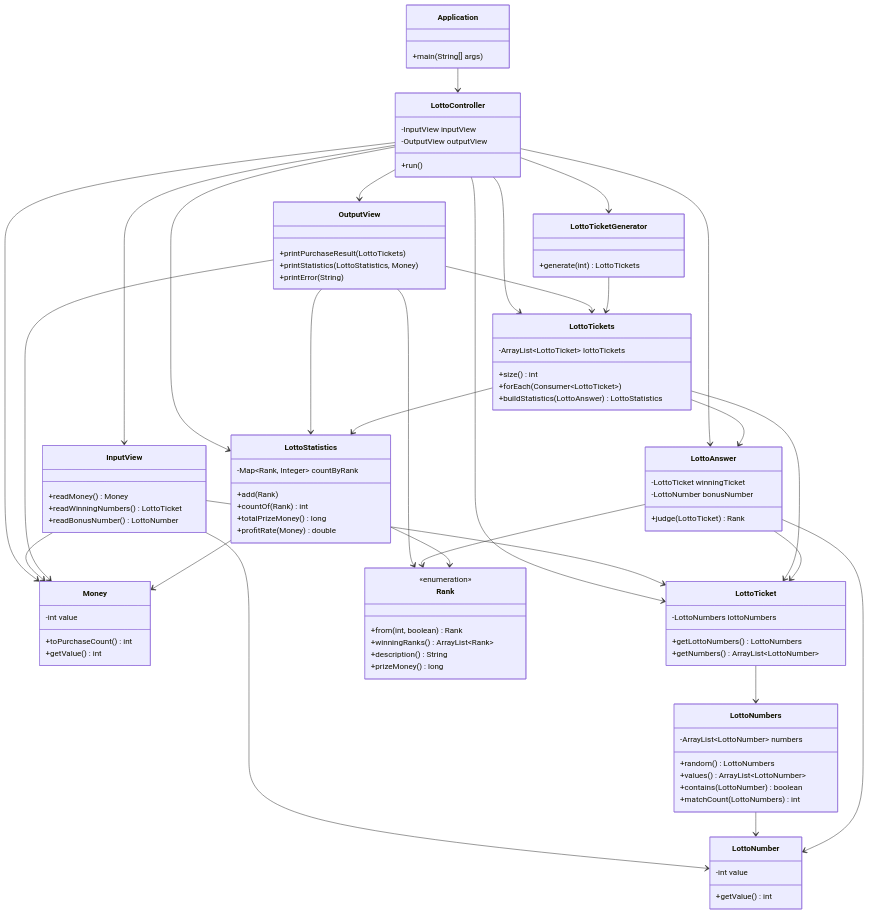
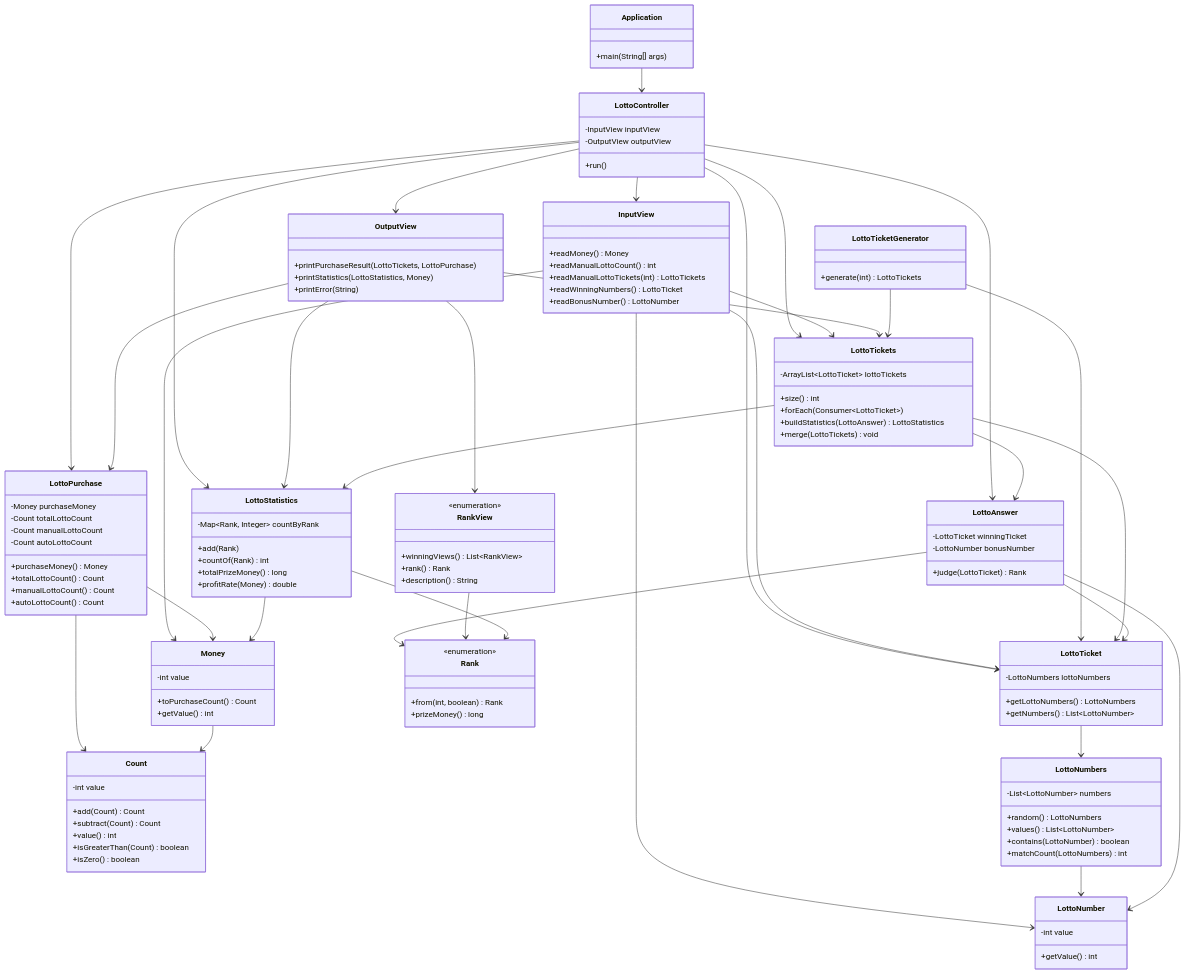
One commit to Lujaec/java-lotto-kakao changed the diagram in README.md. Above: the diagram before and after it, drawn with Mermaid. The commit also changed other lines of this file, not shown here.

Commit message:
docs: 리드미 업데이트

````diff
--- a/README.md
+++ b/README.md
@@ -33,20 +36,42 @@
 
 class InputView {
   +readMoney() Money
+  +readManualLottoCount() int
+  +readManualLottoTickets(int) LottoTickets
   +readWinningNumbers() LottoTicket
   +readBonusNumber() LottoNumber
 }
 
 class OutputView {
-  +printPurchaseResult(LottoTickets)
+  +printPurchaseResult(LottoTickets, LottoPurchase)
   +printStatistics(LottoStatistics, Money)
   +printError(String)
 }
 
 class Money {
   -int value
-  +toPurchaseCount() int
+  +toPurchaseCount() Count
   +getValue() int
+}
+
+class Count {
+  -int value
+  +add(Count) Count
+  +subtract(Count) Count
+  +value() int
+  +isGreaterThan(Count) boolean
+  +isZero() boolean
+}
+
+class LottoPurchase {
+  -Money purchaseMoney
+  -Count totalLottoCount
+  -Count manualLottoCount
+  -Count autoLottoCount
+  +purchaseMoney() Money
+  +totalLottoCount() Count
+  +manualLottoCount() Count
+  +autoLottoCount() Count
 }
 
 class LottoNumber {
@@ -55,9 +80,9 @@
 }
 
 class LottoNumbers {
-  -ArrayList~LottoNumber~ numbers
+  -List~LottoNumber~ numbers
   +random() LottoNumbers
-  +values() ArrayList~LottoNumber~
+  +values() List~LottoNumber~
   +contains(LottoNumber) boolean
   +matchCount(LottoNumbers) int
 }
@@ -65,7 +90,7 @@
 class LottoTicket {
   -LottoNumbers lottoNumbers
   +getLottoNumbers() LottoNumbers
-  +getNumbers() ArrayList~LottoNumber~
+  +getNumbers() List~LottoNumber~
 }
 
 class LottoTicketGenerator {
@@ -77,6 +102,7 @@
   +size() int
   +forEach(Consumer~LottoTicket~)
   +buildStatistics(LottoAnswer) LottoStatistics
+  +merge(LottoTickets) void
 }
 
 class LottoAnswer {
@@ -88,9 +114,14 @@
 class Rank {
   <<enumeration>>
   +from(int, boolean) Rank
-  +winningRanks() ArrayList~Rank~
+  +prizeMoney() long
+}
+
+class RankView {
+  <<enumeration>>
+  +winningViews() List~RankView~
+  +rank() Rank
   +description() String
-  +prizeMoney() long
 }
 
 class LottoStatistics {
@@ -104,21 +135,25 @@
 Application --> LottoController
 LottoController --> InputView
 LottoController --> OutputView
-LottoController --> Money
-LottoController --> LottoTicketGenerator
+LottoController --> LottoPurchase
 LottoController --> LottoTickets
 LottoController --> LottoTicket
 LottoController --> LottoAnswer
 LottoController --> LottoStatistics
 InputView --> Money
+InputView --> LottoTickets
 InputView --> LottoTicket
 InputView --> LottoNumber
+OutputView --> LottoPurchase
 OutputView --> LottoTickets
 OutputView --> LottoStatistics
-OutputView --> Money
-OutputView --> Rank
+OutputView --> RankView
+LottoPurchase --> Money
+LottoPurchase --> Count
+Money --> Count
 LottoTicket --> LottoNumbers
 LottoNumbers --> LottoNumber
+LottoTicketGenerator --> LottoTicket
 LottoTicketGenerator --> LottoTickets
 LottoTickets --> LottoTicket
 LottoTickets --> LottoAnswer
@@ -126,6 +161,7 @@
 LottoAnswer --> LottoTicket
 LottoAnswer --> LottoNumber
 LottoAnswer --> Rank
+RankView --> Rank
 LottoStatistics --> Rank
 LottoStatistics --> Money
 ```
````
